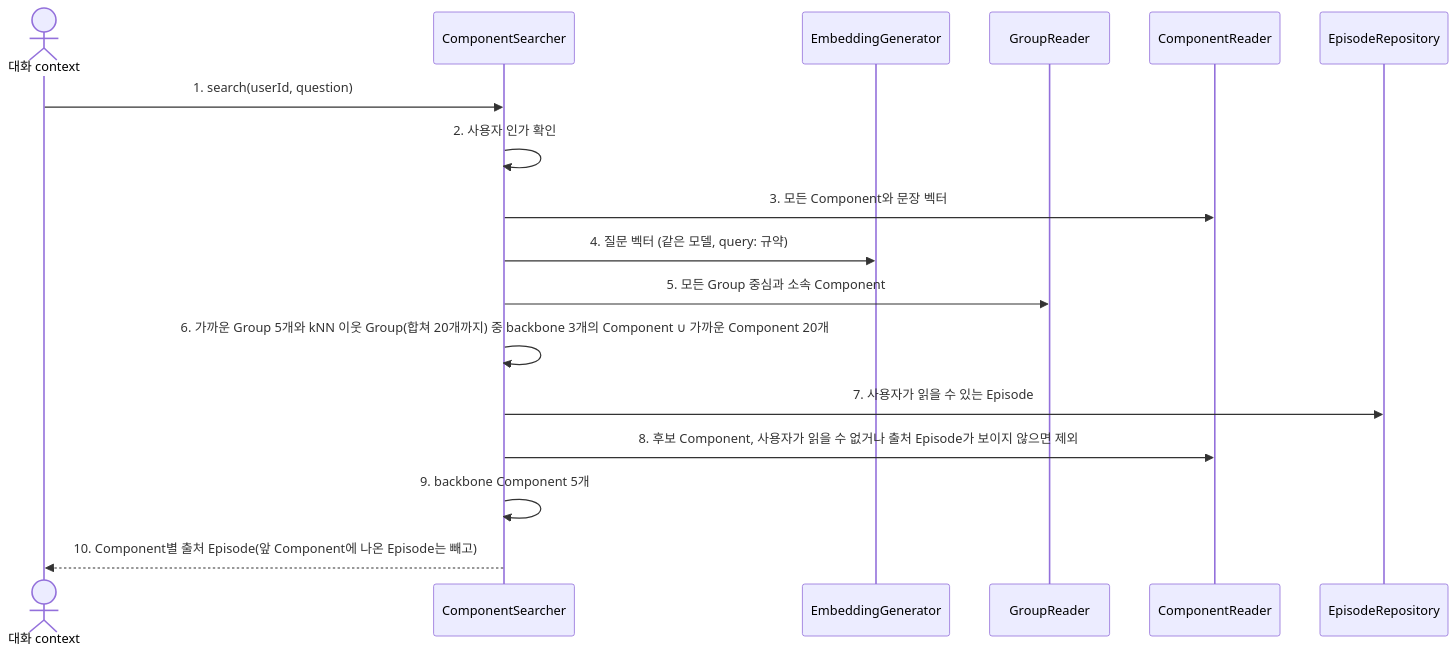
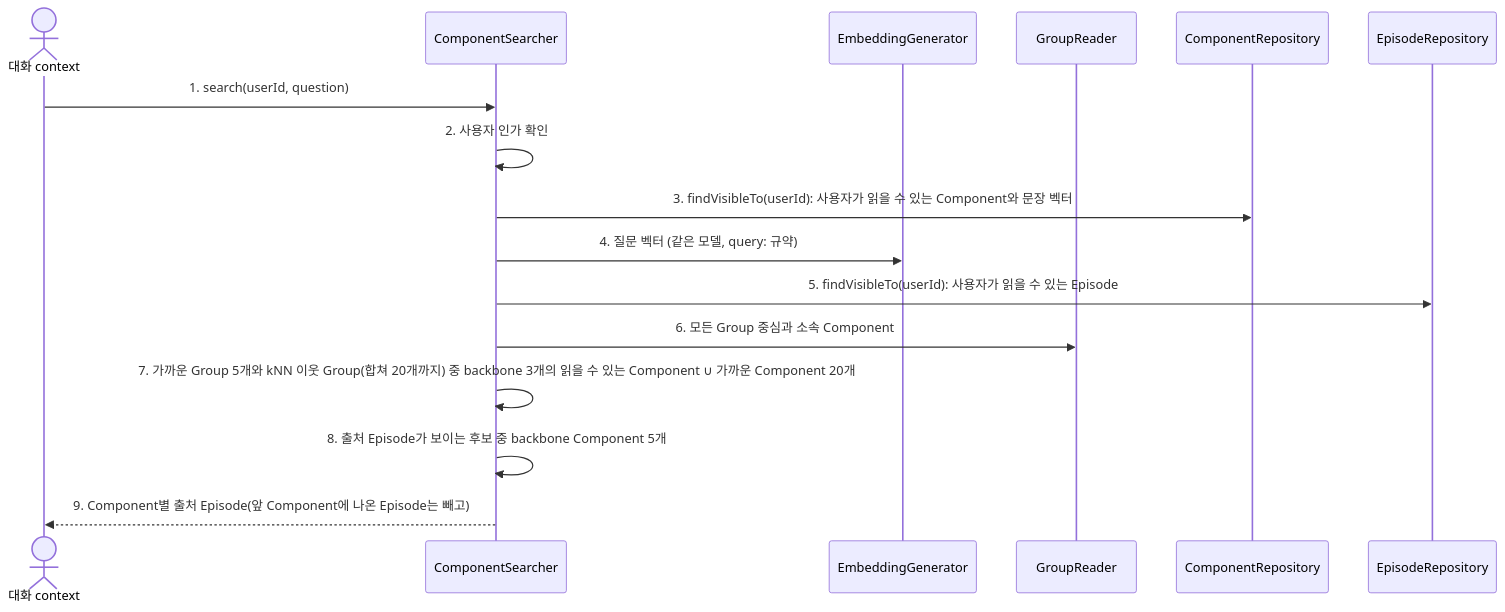
One commit to magenta1223/home_assistant changed the second of 2 diagrams in application/src/main/kotlin/com/homeassistant/application/usecase/memoryextraction/component/README.md. Above: the diagram before and after it, drawn with Mermaid. The commit also changed other lines of this file and 24 other files, not shown here.

First line of the commit message:
refactor: Merge component reader and writer into ComponentRepository

````diff
--- a/application/src/main/kotlin/com/homeassistant/application/usecase/memoryextraction/component/README.md
+++ b/application/src/main/kotlin/com/homeassistant/application/usecase/memoryextraction/component/README.md
@@ -64,19 +64,18 @@
 ```mermaid
 sequenceDiagram
     actor Caller as 대화 context
     participant Search as ComponentSearcher
     participant Query as EmbeddingGenerator
     participant Groups as GroupReader
-    participant Components as ComponentReader
+    participant Components as ComponentRepository
     participant Episodes as EpisodeRepository
     Caller->>Search: 1. search(userId, question)
     Search->>Search: 2. 사용자 인가 확인
-    Search->>Components: 3. 모든 Component와 문장 벡터
+    Search->>Components: 3. findVisibleTo(userId): 사용자가 읽을 수 있는 Component와 문장 벡터
     Search->>Query: 4. 질문 벡터 (같은 모델, query: 규약)
-    Search->>Groups: 5. 모든 Group 중심과 소속 Component
-    Search->>Search: 6. 가까운 Group 5개와 kNN 이웃 Group(합쳐 20개까지) 중 backbone 3개의 Component ∪ 가까운 Component 20개
-    Search->>Episodes: 7. 사용자가 읽을 수 있는 Episode
-    Search->>Components: 8. 후보 Component, 사용자가 읽을 수 없거나 출처 Episode가 보이지 않으면 제외
-    Search->>Search: 9. backbone Component 5개
-    Search-->>Caller: 10. Component별 출처 Episode(앞 Component에 나온 Episode는 빼고)
+    Search->>Episodes: 5. findVisibleTo(userId): 사용자가 읽을 수 있는 Episode
+    Search->>Groups: 6. 모든 Group 중심과 소속 Component
+    Search->>Search: 7. 가까운 Group 5개와 kNN 이웃 Group(합쳐 20개까지) 중 backbone 3개의 읽을 수 있는 Component ∪ 가까운 Component 20개
+    Search->>Search: 8. 출처 Episode가 보이는 후보 중 backbone Component 5개
+    Search-->>Caller: 9. Component별 출처 Episode(앞 Component에 나온 Episode는 빼고)
 ```
````
